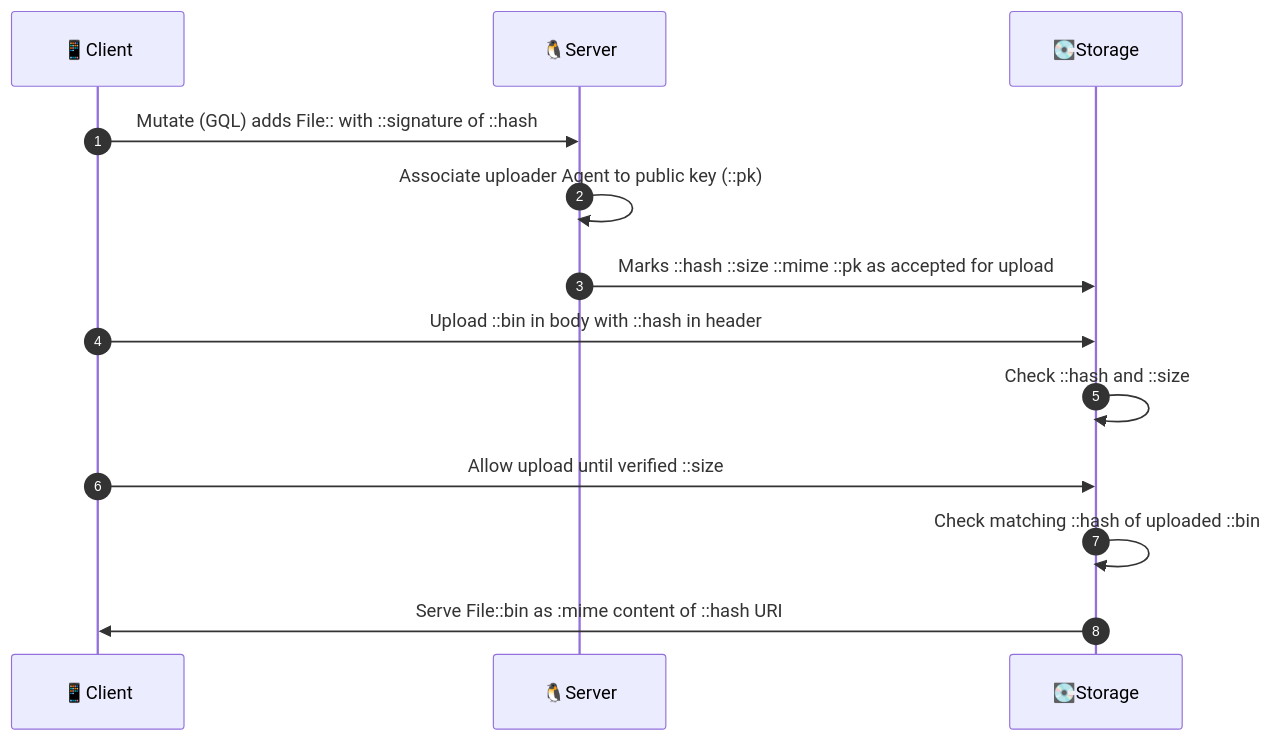
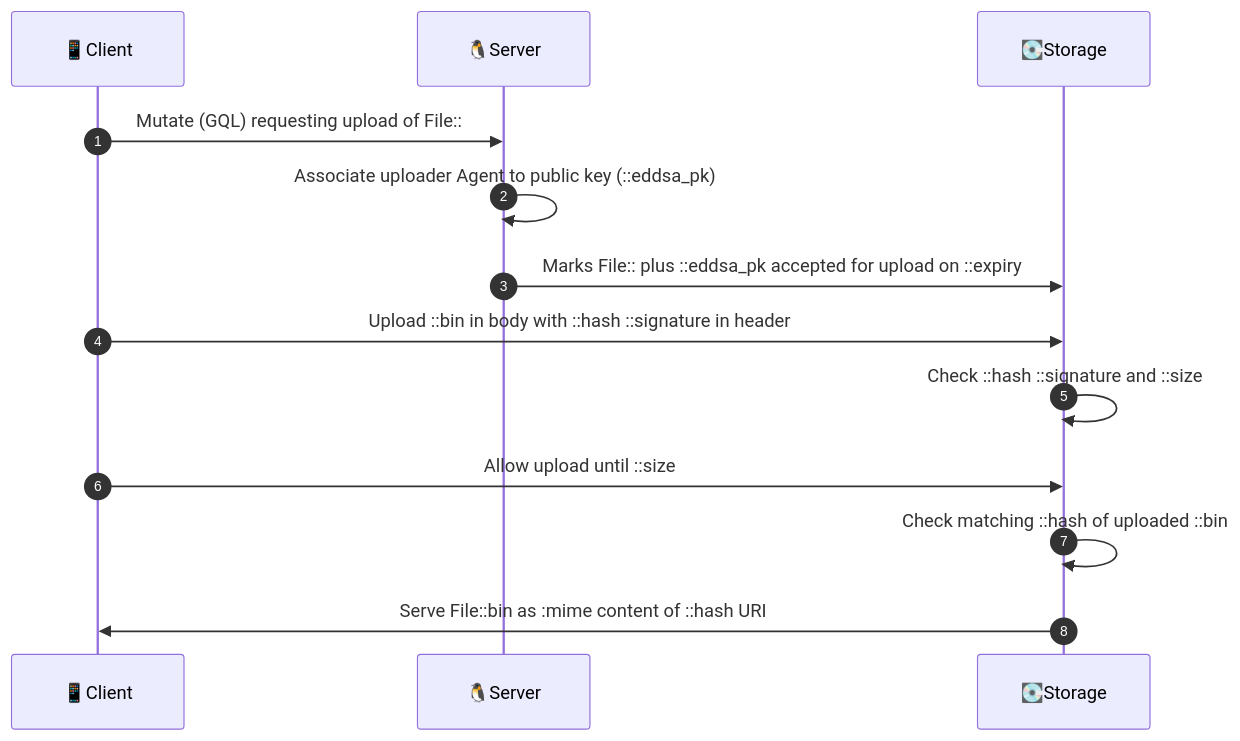
The second of 2 diagrams in README.md (interfacerproject/zenflows-crypto), drawn with Mermaid before and after one commit. The commit also changed other lines of this file, not shown here.

````diff
--- a/README.md
+++ b/README.md
@@ -124,15 +114,15 @@
 ```mermaid
 sequenceDiagram
 autonumber
   participant C as 📱Client
   participant S as 🐧Server
   participant F as 💽Storage
-  C->>S: Mutate (GQL) adds File:: with ::signature of ::hash
-  S->>S: Associate uploader Agent to public key (::pk)
-  S->>F: Marks ::hash ::size ::mime ::pk as accepted for upload
-  C->>F: Upload ::bin in body with ::hash in header
-  F->>F: Check ::hash and ::size
-  C->>F: Allow upload until verified ::size
+  C->>S: Mutate (GQL) requesting upload of File::
+  S->>S: Associate uploader Agent to public key (::eddsa_pk)
+  S->>F: Marks File:: plus ::eddsa_pk accepted for upload on ::expiry
+  C->>F: Upload ::bin in body with ::hash ::signature in header
+  F->>F: Check ::hash ::signature and ::size
+  C->>F: Allow upload until ::size
   F->>F: Check matching ::hash of uploaded ::bin
   F->>C: Serve File::bin as :mime content of ::hash URI
 ```
````
